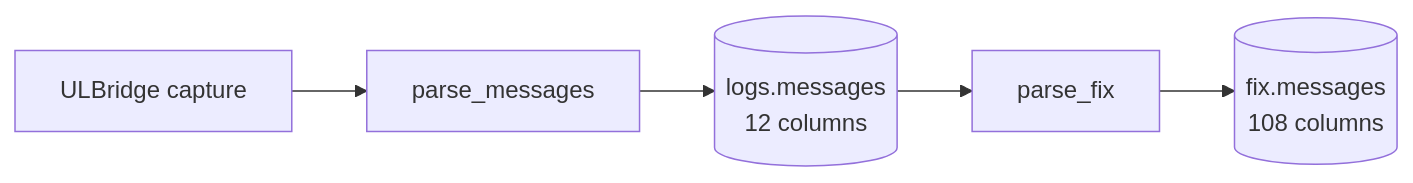
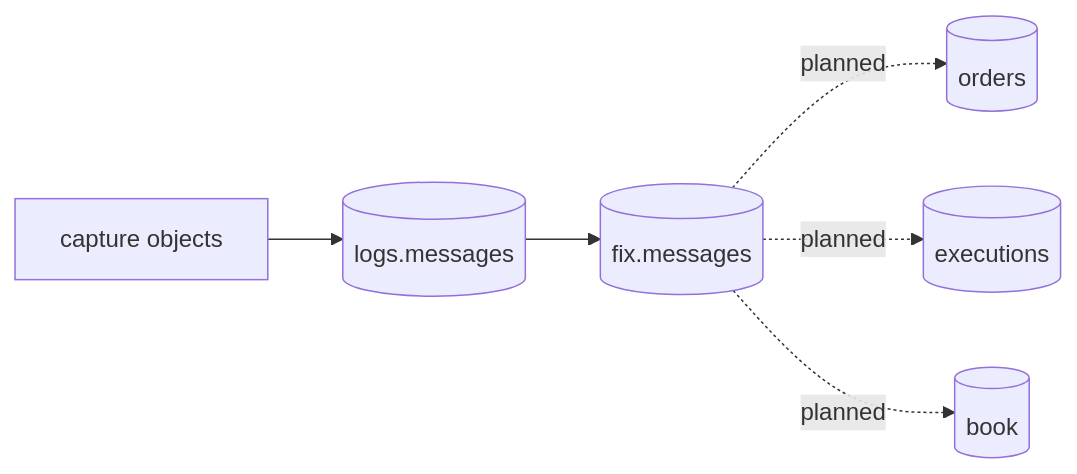
Before and after one commit to Platob/yggfin: the diagram in docs/products/index.md, drawn with Mermaid. The commit also changed other lines of this file and 314 other files, not shown here.

````diff
--- a/docs/products/index.md
+++ b/docs/products/index.md
@@ -5,7 +6,8 @@
 ```mermaid
 flowchart LR
-    C["ULBridge capture"] --> P1[parse_messages]
-    P1 --> M[("logs.messages<br/>12 columns")]
-    M --> P2[parse_fix]
-    P2 --> F[("fix.messages<br/>108 columns")]
+    C["capture objects"] --> M[("logs.messages")]
+    M --> F[("fix.messages")]
+    F -.planned.-> O[("orders")]
+    F -.planned.-> E[("executions")]
+    F -.planned.-> B[("book")]
 ```
````
